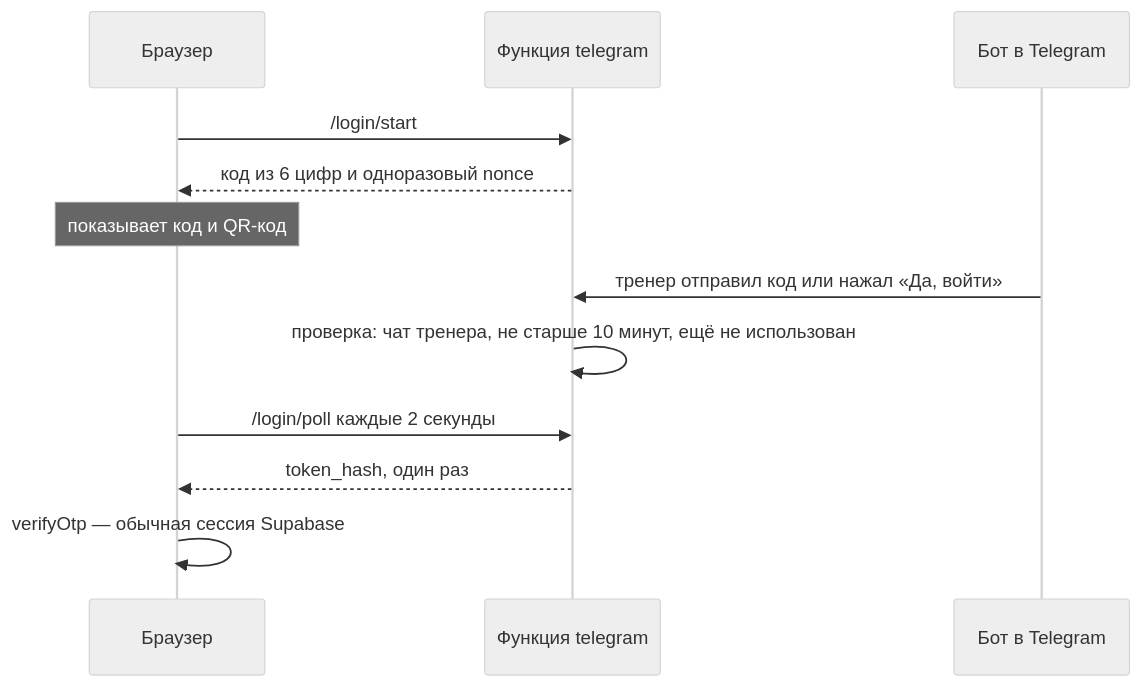
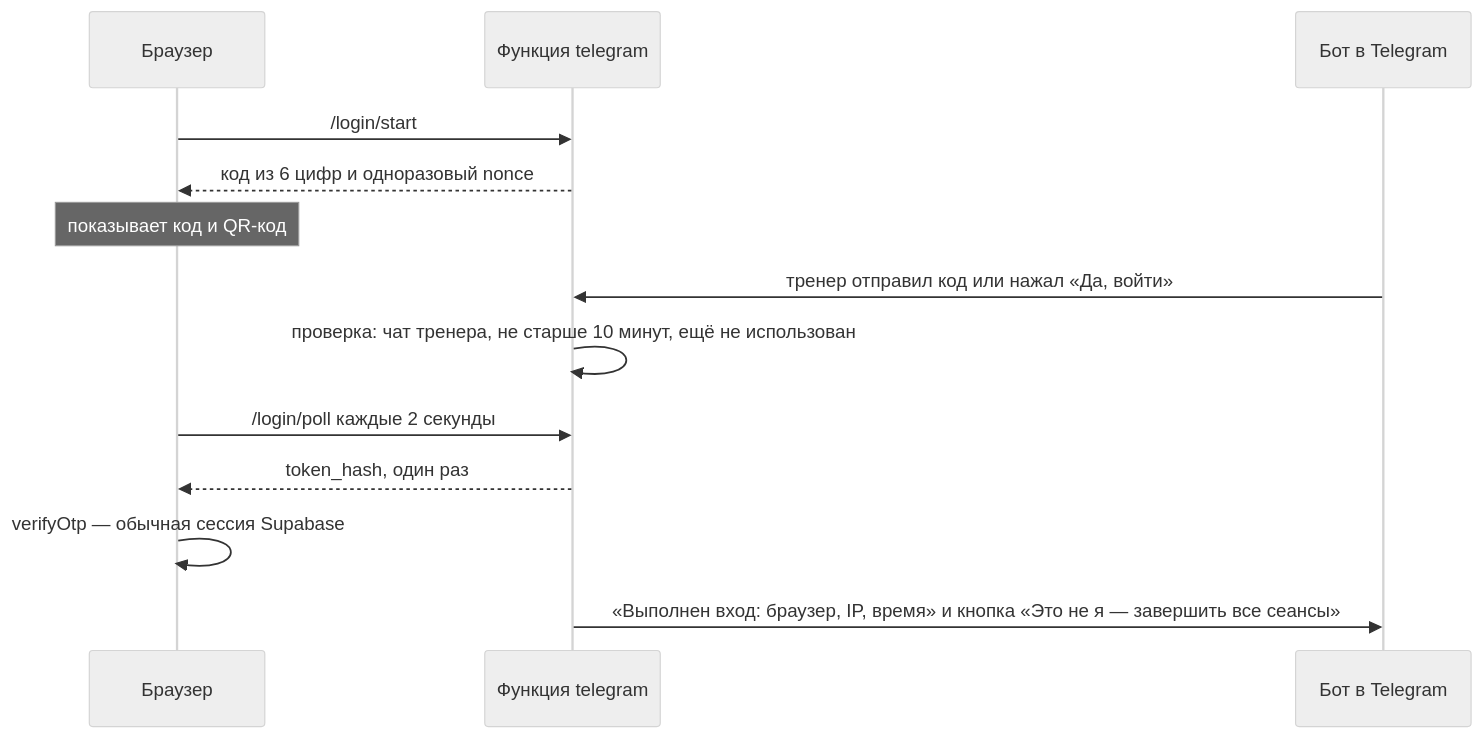
Before and after one commit to 4ikonya/dorozhka: the second of 2 diagrams in README.md, drawn with Mermaid (neutral theme). The commit also changed other lines of this file and 5 other files, not shown here.

First line of the commit message:
Вход через бота: устройство в запросе и «Это не я» после входа

````diff
--- a/README.md
+++ b/README.md
@@ -197,14 +197,15 @@
 ```mermaid
 sequenceDiagram
   participant B as Браузер
   participant F as Функция telegram
   participant T as Бот в Telegram
   B->>F: /login/start
   F-->>B: код из 6 цифр и одноразовый nonce
   Note over B: показывает код и QR-код
   T->>F: тренер отправил код или нажал «Да, войти»
   F->>F: проверка: чат тренера, не старше 10 минут, ещё не использован
   B->>F: /login/poll каждые 2 секунды
   F-->>B: token_hash, один раз
   B->>B: verifyOtp — обычная сессия Supabase
+  F->>T: «Выполнен вход: браузер, IP, время» и кнопка «Это не я — завершить все сеансы»
 ```
````
